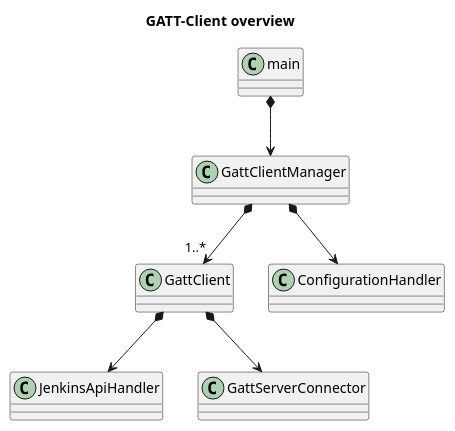
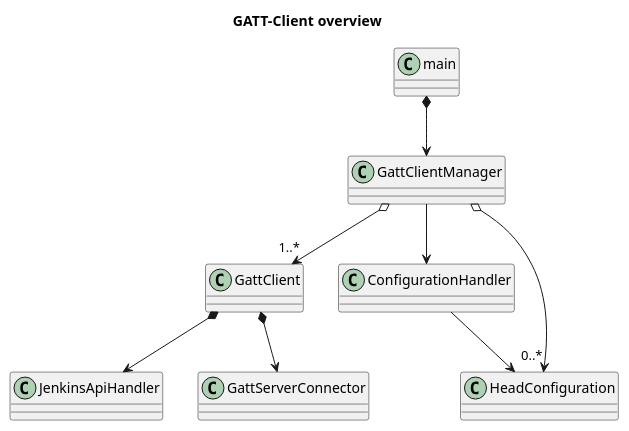
The diagram in BLE-GATT-Client/doc/diagrams/src/ClassDiagramOverview.wsd (EugenWiens/jenkins-head), drawn with PlantUML before and after one commit. The commit also changed 41 other files, not shown here.

```diff
--- a/BLE-GATT-Client/doc/diagrams/src/ClassDiagramOverview.wsd
+++ b/BLE-GATT-Client/doc/diagrams/src/ClassDiagramOverview.wsd
@@ -1,12 +1,14 @@
 @startuml "GATT-Client_overview"
 skinparam classAttributeIconSize 0
 title GATT-Client overview
 
 GattClient *--> JenkinsApiHandler
-GattClientManager *--> "1..*" GattClient
+GattClientManager o--> "1..*" GattClient
 GattClient *--> GattServerConnector
 
 main *--> GattClientManager
-GattClientManager *--> ConfigurationHandler
+GattClientManager --> ConfigurationHandler
+GattClientManager o--> "0..*" HeadConfiguration
+ConfigurationHandler --> HeadConfiguration
 
 @enduml
```
